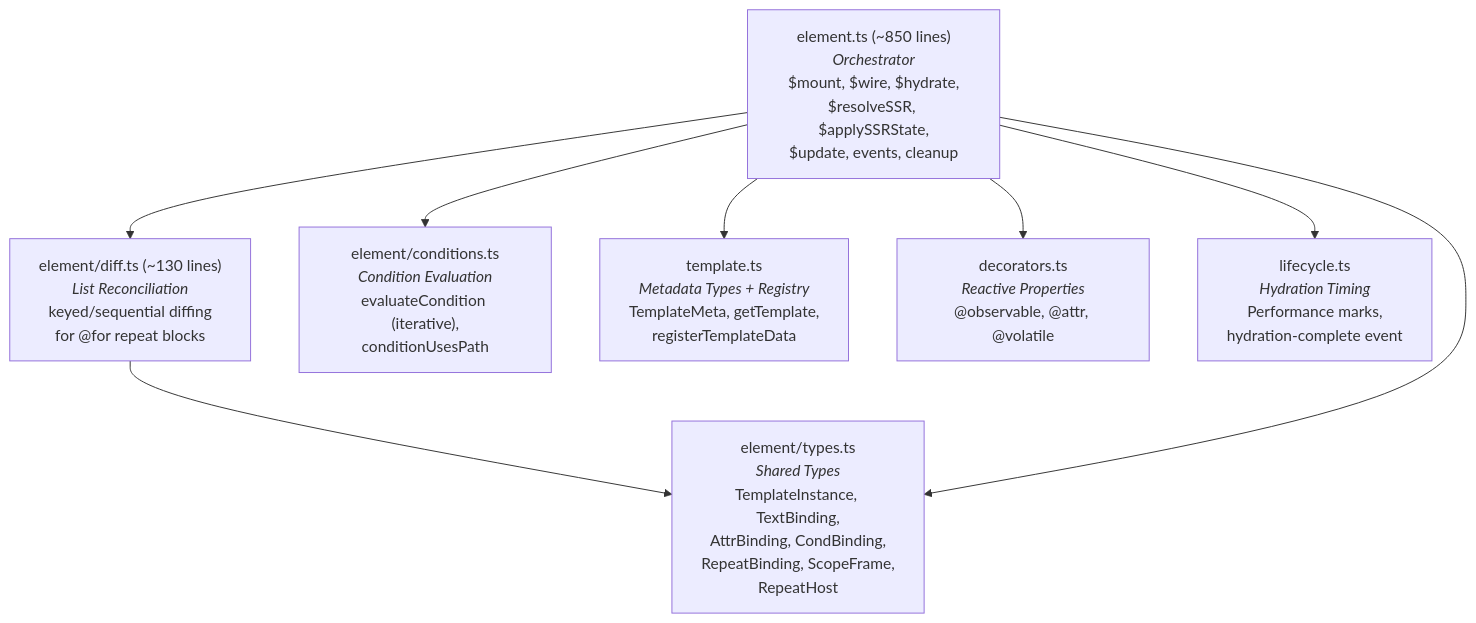
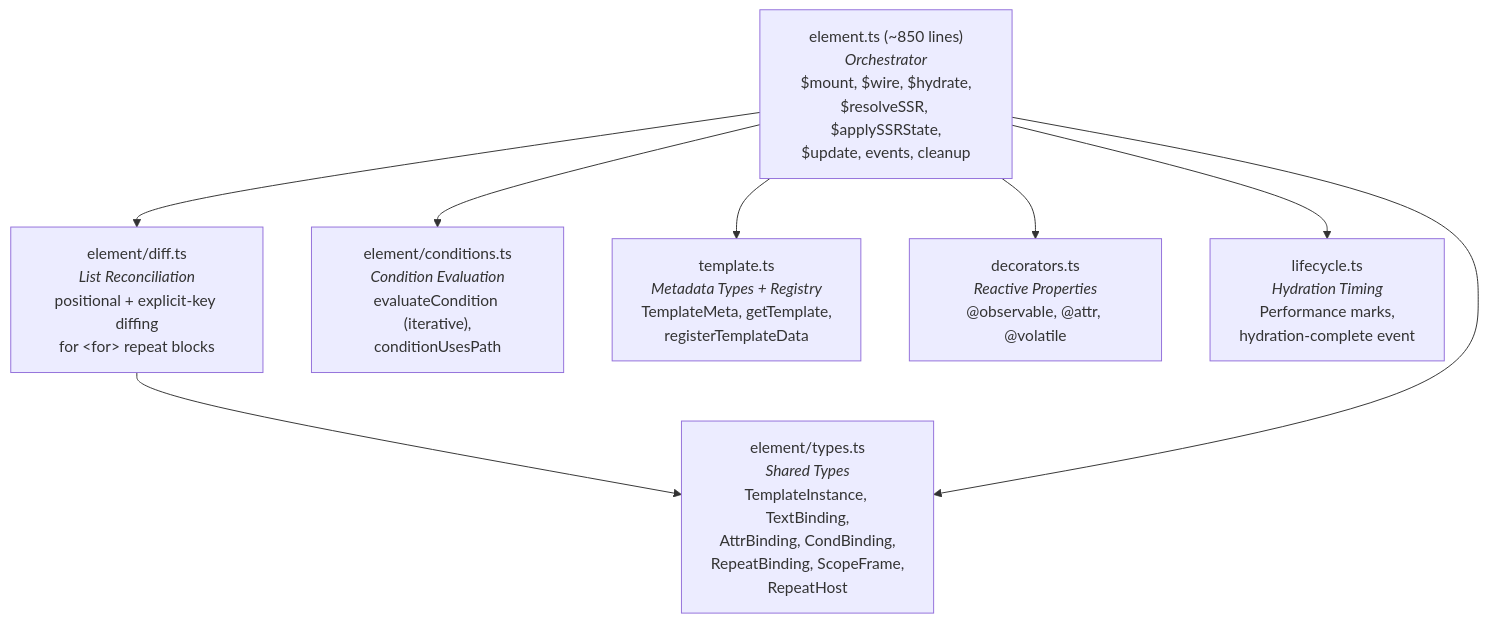
The second of 6 diagrams in packages/webui-framework/README.md (microsoft/webui), drawn with Mermaid before and after one commit. The commit also changed other lines of this file and 29 other files, not shown here.

Commit message:
Fix repeat reconciliation identity

````diff
--- a/packages/webui-framework/README.md
+++ b/packages/webui-framework/README.md
@@ -458,24 +458,24 @@
 ```mermaid
 graph TD
     EL["element.ts (~850 lines)<br/><i>Orchestrator</i><br/>$mount, $wire, $hydrate,<br/>$resolveSSR, $applySSRState,<br/>$update, events, cleanup"]
 
-    DIFF["element/diff.ts (~130 lines)<br/><i>List Reconciliation</i><br/>keyed/sequential diffing<br/>for @for repeat blocks"]
+    DIFF["element/diff.ts<br/><i>List Reconciliation</i><br/>positional + explicit-key diffing<br/>for &lt;for&gt; repeat blocks"]
 
     COND["element/conditions.ts<br/><i>Condition Evaluation</i><br/>evaluateCondition (iterative),<br/>conditionUsesPath"]
 
     TYPES["element/types.ts<br/><i>Shared Types</i><br/>TemplateInstance, TextBinding,<br/>AttrBinding, CondBinding,<br/>RepeatBinding, ScopeFrame,<br/>RepeatHost"]
 
     TMPL["template.ts<br/><i>Metadata Types + Registry</i><br/>TemplateMeta, getTemplate,<br/>registerTemplateData"]
 
     DEC["decorators.ts<br/><i>Reactive Properties</i><br/>@observable, @attr, @volatile"]
 
     LIFE["lifecycle.ts<br/><i>Hydration Timing</i><br/>Performance marks,<br/>hydration-complete event"]
 
     EL --> DIFF
     EL --> COND
     EL --> TMPL
     EL --> DEC
     EL --> LIFE
     DIFF --> TYPES
     EL --> TYPES
 ```
````
